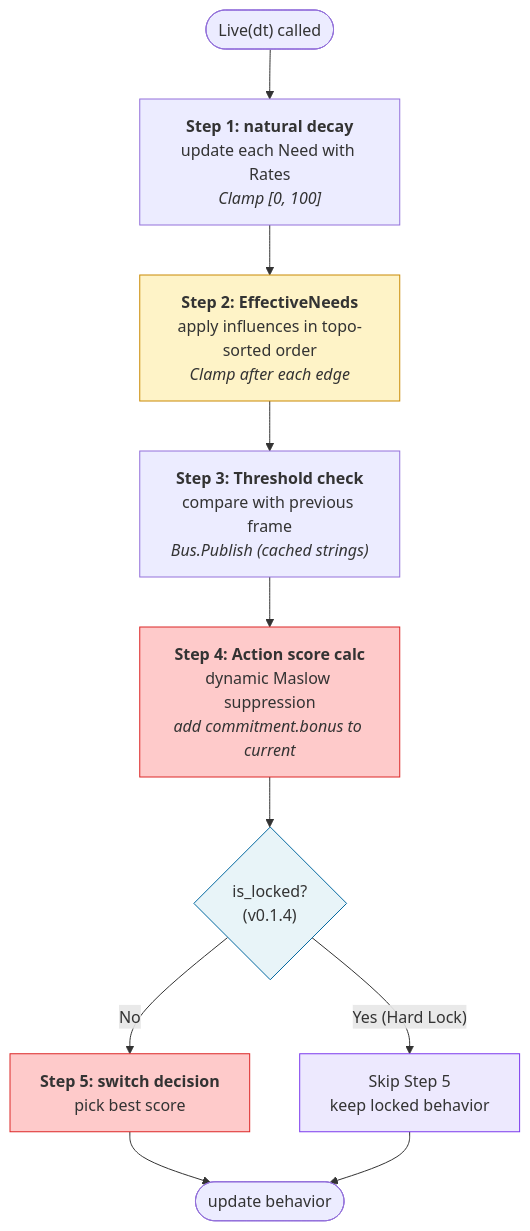
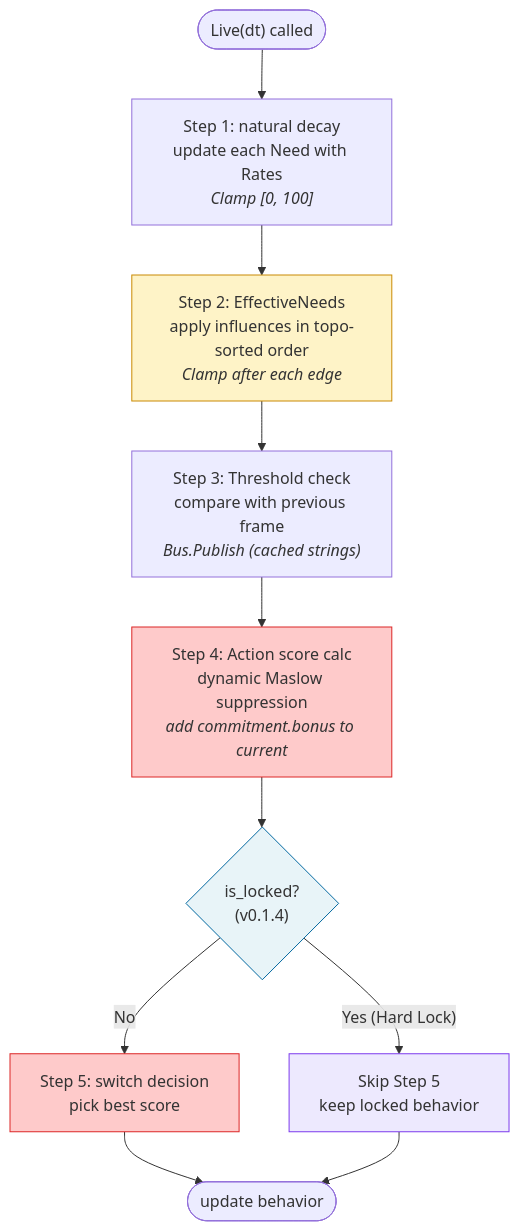
One commit to hiroxpepe/animo changed the sixth of 12 diagrams in README.md. Above: the diagram before and after it, drawn with Mermaid. The commit also changed other lines of this file and 11 other files, not shown here.

````diff
--- a/README.md
+++ b/README.md
@@ -211,20 +211,20 @@
 ```mermaid
 flowchart TB
   Start(["Live(dt) called"])
-  S1["<b>Step 1: natural decay</b><br/>update each Need with Rates<br/><i>Clamp [0, 100]</i>"]
-  S2["<b>Step 2: EffectiveNeeds</b><br/>apply influences in topo-sorted order<br/><i>Clamp after each edge</i>"]
-  S3["<b>Step 3: Threshold check</b><br/>compare with previous frame<br/><i>Bus.Publish (cached strings)</i>"]
-  S4["<b>Step 4: Action score calc</b><br/>dynamic Maslow suppression<br/><i>add commitment.bonus to current</i>"]
+  S1["Step 1: natural decay<br/>update each Need with Rates<br/><i>Clamp [0, 100]</i>"]
+  S2["Step 2: EffectiveNeeds<br/>apply influences in topo-sorted order<br/><i>Clamp after each edge</i>"]
+  S3["Step 3: Threshold check<br/>compare with previous frame<br/><i>Bus.Publish (cached strings)</i>"]
+  S4["Step 4: Action score calc<br/>dynamic Maslow suppression<br/><i>add commitment.bonus to current</i>"]
   Lock{"is_locked?<br/>(v0.1.4)"}
-  S5["<b>Step 5: switch decision</b><br/>pick best score"]
+  S5["Step 5: switch decision<br/>pick best score"]
   Skip["Skip Step 5<br/>keep locked behavior"]
   End(["update behavior"])
   Start --> S1 --> S2 --> S3 --> S4 --> Lock
   Lock -->|"No"| S5 --> End
   Lock -->|"Yes (Hard Lock)"| Skip --> End
   style S2 fill:#fef3c7,stroke:#ca8a04
   style S4 fill:#fecaca,stroke:#dc2626
   style S5 fill:#fecaca,stroke:#dc2626
   style Lock fill:#e8f4f8,stroke:#0369a1
   style Skip fill:#ede9fe,stroke:#7c3aed
 ```
````
